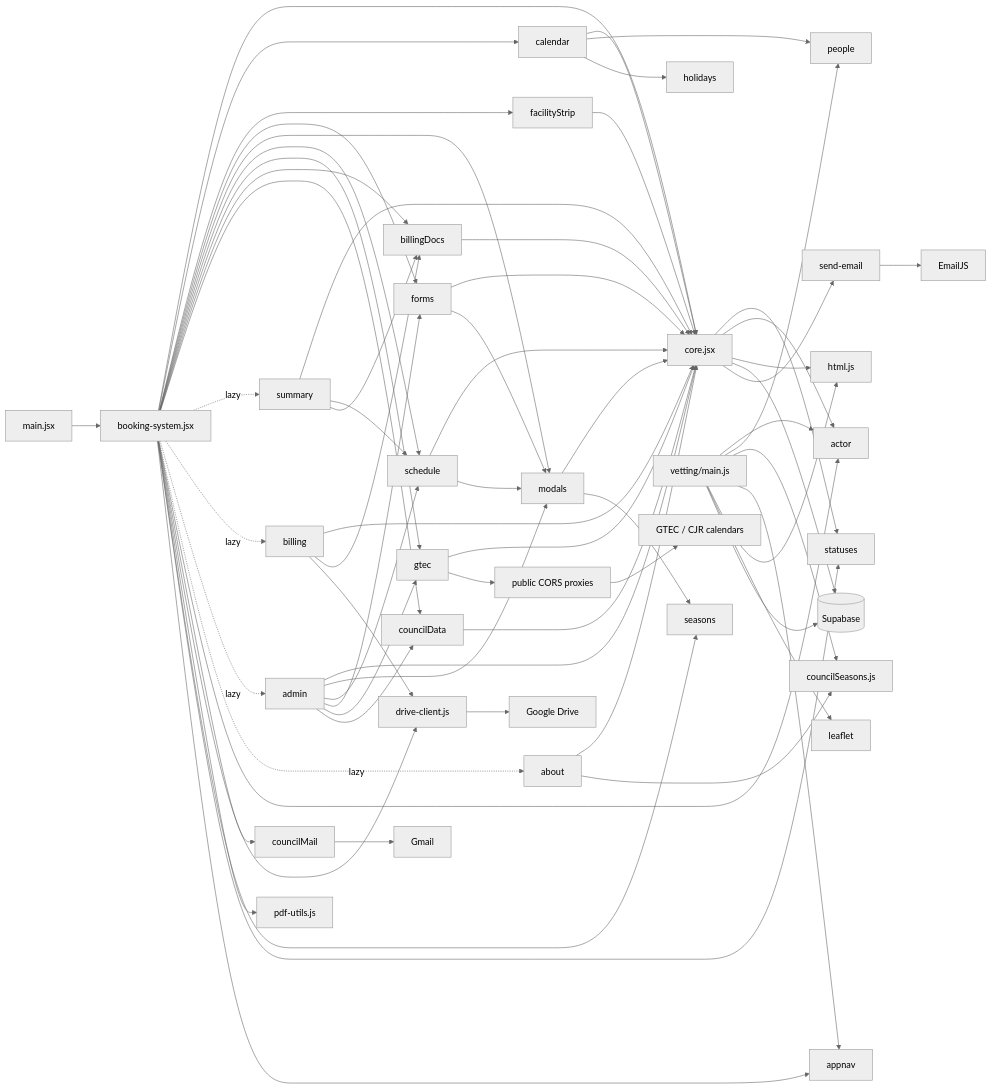
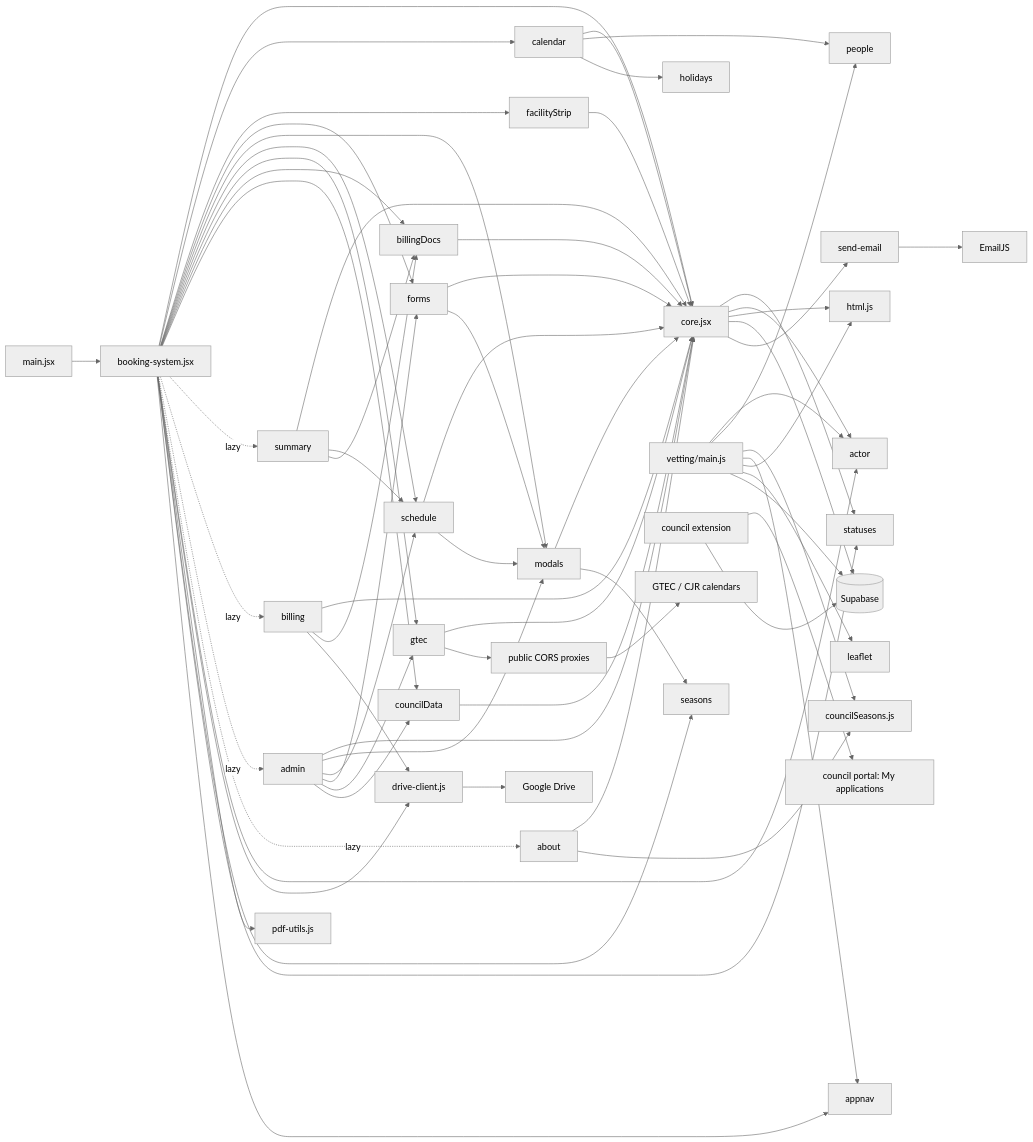
The second of 2 diagrams in docs/HANDOVER.md (aucklandmixedultimate/facility-booking), drawn with Mermaid (neutral theme) before and after one commit. The commit also changed other lines of this file and 8 other files, not shown here.

First line of the commit message:
Council: the extension's portal sync replaces the Gmail email sync

````diff
--- a/docs/HANDOVER.md
+++ b/docs/HANDOVER.md
@@ -59,26 +59,27 @@
 ```mermaid
 flowchart LR
   main[main.jsx] --> App[booking-system.jsx]
   App --> core[core.jsx]
   App --> calendar & facilityStrip & forms & modals & schedule & gtec & billingDocs & councilData
   App -. lazy .-> summary & billing & admin & about
   calendar & facilityStrip & forms & modals & schedule & gtec & billingDocs & councilData --> core
   summary & billing & admin & about --> core
   forms --> modals
   schedule --> modals
   summary --> schedule & billingDocs
   billing --> billingDocs & drive[drive-client.js]
   admin --> modals & schedule & forms & gtec & councilData
-  App --> actor & councilMail & drive & pdf[pdf-utils.js] & seasons & statuses & appnav
+  App --> actor & drive & pdf[pdf-utils.js] & seasons & statuses & appnav
   core --> statuses & actor & html[html.js]
   calendar --> people & holidays
   modals --> seasons
   about --> cseasons[councilSeasons.js]
   vetting[vetting/main.js] --> actor & people & cseasons & appnav & html & leaflet
   core --> SB[(Supabase)]
   vetting --> SB
   core --> EF[send-email] --> EmailJS
   drive --> GDrive[Google Drive]
-  councilMail --> Gmail
+  CouncilExt[council extension] --> Portal[council portal: My applications]
+  CouncilExt --> SB
   gtec --> Proxies[public CORS proxies] --> Feeds[GTEC / CJR calendars]
 ```
````
